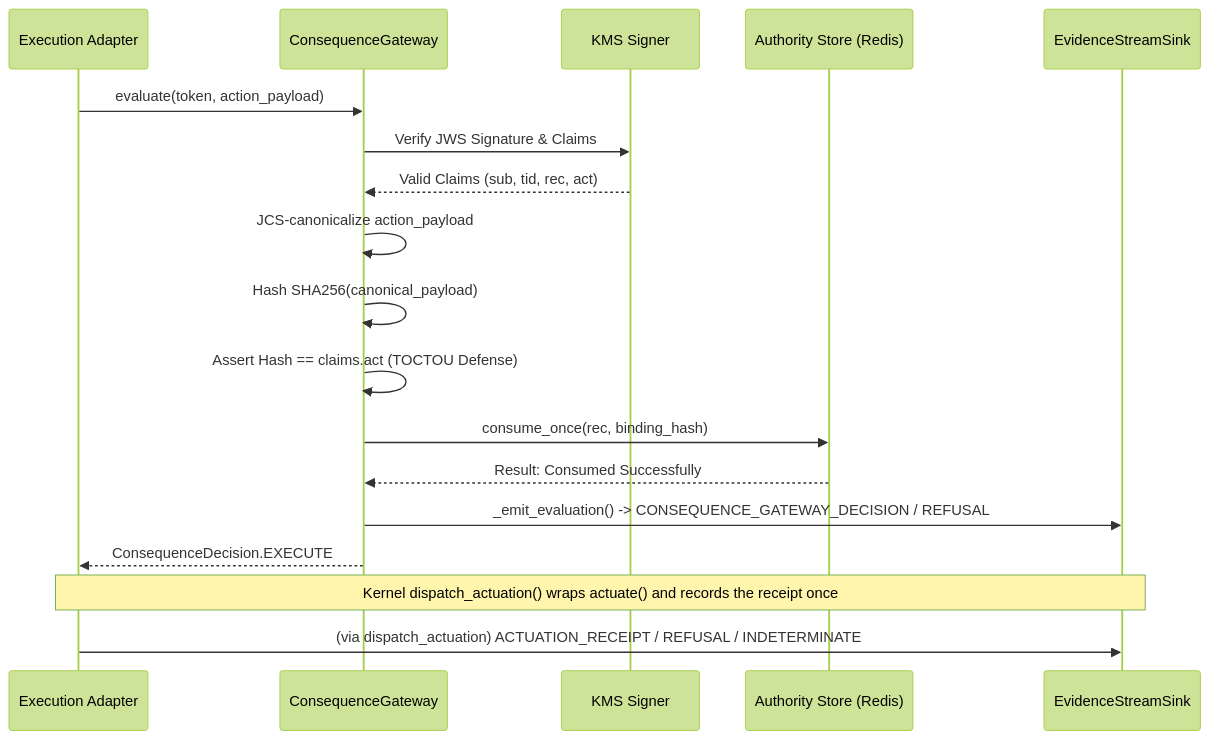
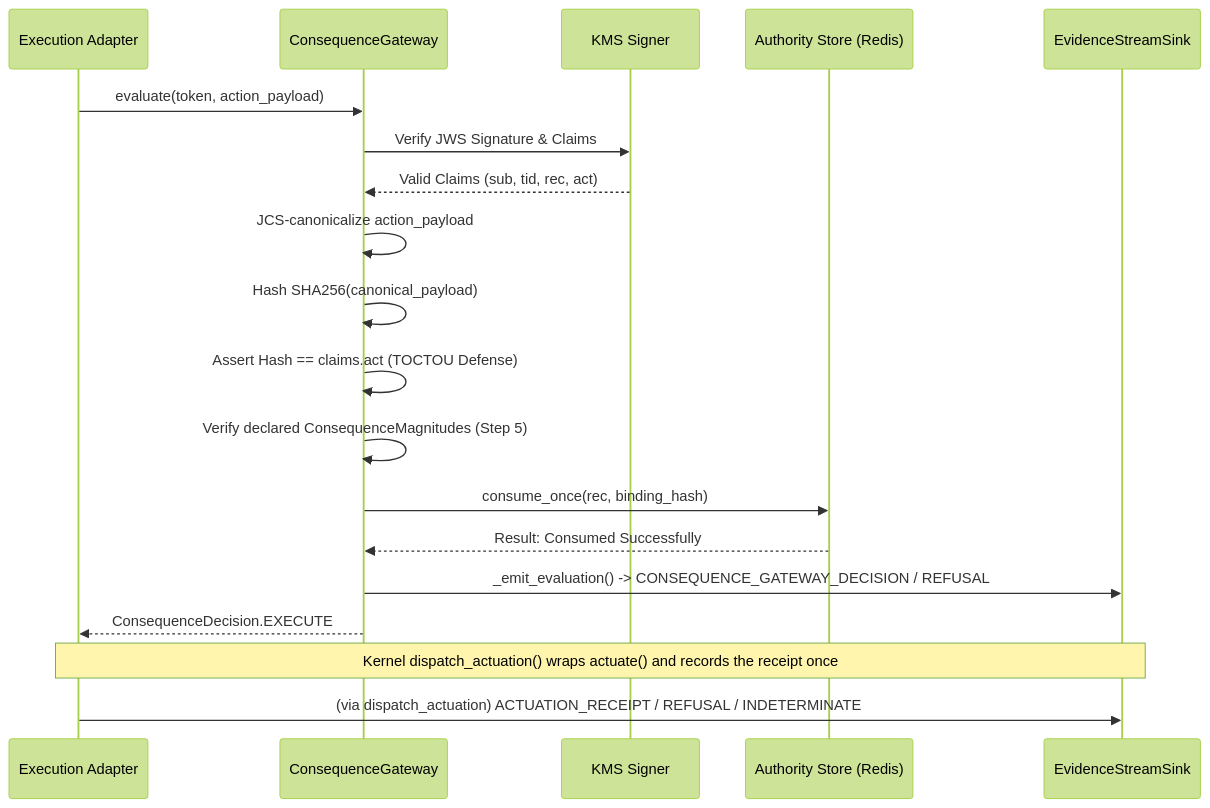
The diagram in docs/architecture/CONSEQUENCE_GATEWAY.md (google/cybernetic-agent-governance-engine), drawn with Mermaid (forest theme) before and after one commit. The commit also changed other lines of this file and 32 other files, not shown here.

First line of the commit message:
fix(governance)!: enforce declared magnitudes at mint and consume (#620)

````diff
--- a/docs/architecture/CONSEQUENCE_GATEWAY.md
+++ b/docs/architecture/CONSEQUENCE_GATEWAY.md
@@ -21,21 +21,22 @@
 ```mermaid
 sequenceDiagram
     participant Adapter as Execution Adapter
     participant Gateway as ConsequenceGateway
     participant KMS as KMS Signer
     participant Store as Authority Store (Redis)
     participant Evidence as EvidenceStreamSink
     
     Adapter->>Gateway: evaluate(token, action_payload)
     Gateway->>KMS: Verify JWS Signature & Claims
     KMS-->>Gateway: Valid Claims (sub, tid, rec, act)
     Gateway->>Gateway: JCS-canonicalize action_payload
     Gateway->>Gateway: Hash SHA256(canonical_payload)
     Gateway->>Gateway: Assert Hash == claims.act (TOCTOU Defense)
+    Gateway->>Gateway: Verify declared ConsequenceMagnitudes (Step 5)
     Gateway->>Store: consume_once(rec, binding_hash)
     Store-->>Gateway: Result: Consumed Successfully
     Gateway->>Evidence: _emit_evaluation() -> CONSEQUENCE_GATEWAY_DECISION / REFUSAL
     Gateway-->>Adapter: ConsequenceDecision.EXECUTE
     Note over Adapter,Evidence: Kernel dispatch_actuation() wraps actuate() and records the receipt once
     Adapter->>Evidence: (via dispatch_actuation) ACTUATION_RECEIPT / REFUSAL / INDETERMINATE
 ```
````
